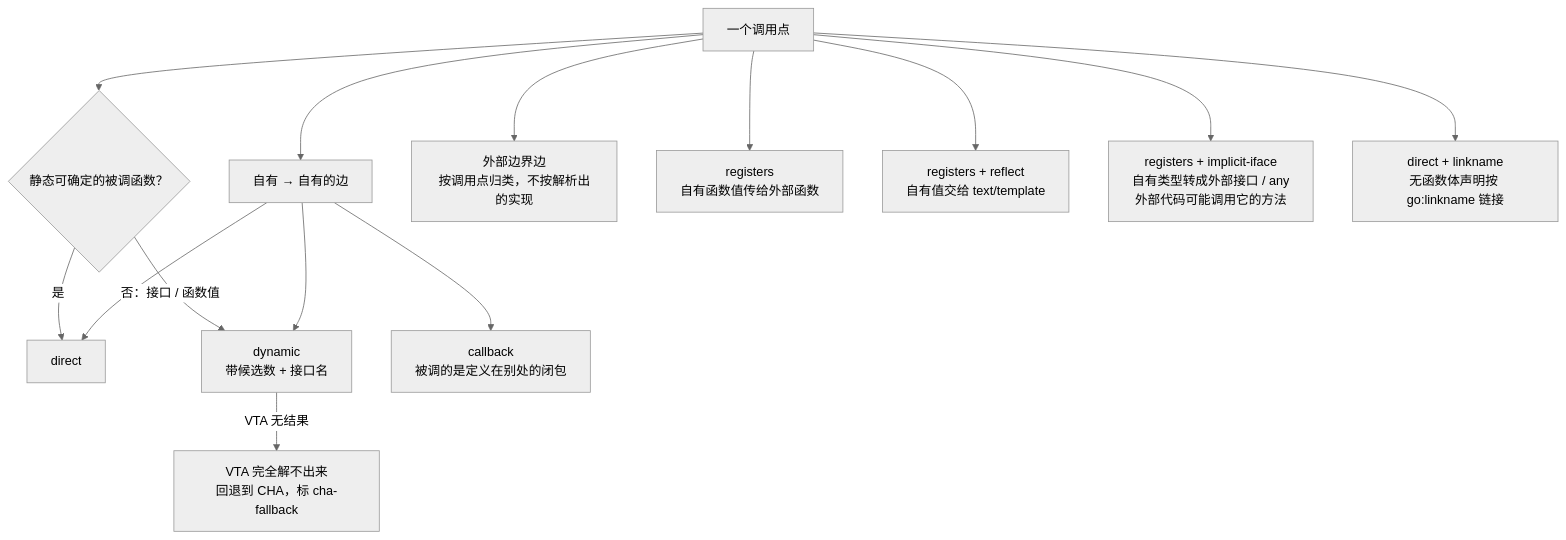
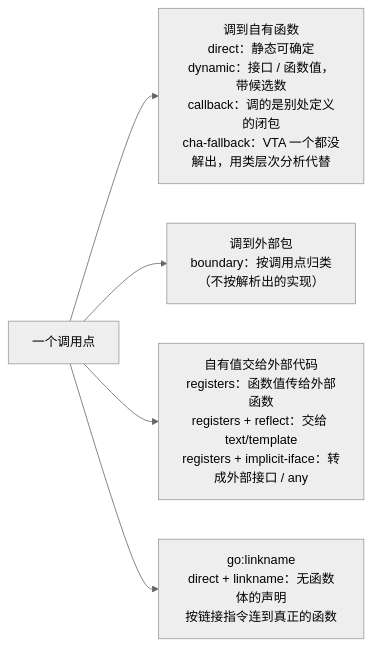
The third of 9 diagrams in docs/architecture.md (hangyu629/calltrail), drawn with Mermaid (neutral theme) before and after one commit. The commit also changed other lines of this file, not shown here.

First line of the commit message:
docs: simplify the architecture diagrams

````diff
--- a/docs/architecture.md
+++ b/docs/architecture.md
@@ -110,29 +86,13 @@
 ```mermaid
-flowchart TD
+flowchart LR
     SITE["一个调用点"]
-    D1{"静态可确定的被调函数？"}
-    OWN["自有 → 自有的边"]
-    DIRECT["direct"]
-    DYN["dynamic<br/>带候选数 + 接口名"]
-    CB["callback<br/>被调的是定义在别处的闭包"]
-    FB["VTA 完全解不出来<br/>回退到 CHA，标 cha-fallback"]
-    EXT["外部边界边<br/>按调用点归类，不按解析出的实现"]
-    REG["registers<br/>自有函数值传给外部函数"]
-    REFL["registers + reflect<br/>自有值交给 text/template"]
-    IMPL["registers + implicit-iface<br/>自有类型转成外部接口 / any<br/>外部代码可能调用它的方法"]
-    LINK["direct + linkname<br/>无函数体声明按 go:linkname 链接"]
+    OWN["调到自有函数<br/>direct：静态可确定<br/>dynamic：接口 / 函数值，带候选数<br/>callback：调的是别处定义的闭包<br/>cha-fallback：VTA 一个都没解出，用类层次分析代替"]
+    EXT["调到外部包<br/>boundary：按调用点归类<br/>（不按解析出的实现）"]
+    ESC["自有值交给外部代码<br/>registers：函数值传给外部函数<br/>registers + reflect：交给 text/template<br/>registers + implicit-iface：转成外部接口 / any"]
+    LINK["go:linkname<br/>direct + linkname：无函数体的声明<br/>按链接指令连到真正的函数"]
 
-    SITE --> D1
-    D1 -->|"是"| DIRECT
-    D1 -->|"否：接口 / 函数值"| DYN
-    DYN -->|"VTA 无结果"| FB
     SITE --> OWN
-    OWN --> DIRECT
-    OWN --> DYN
-    OWN --> CB
     SITE --> EXT
-    SITE --> REG
-    SITE --> REFL
-    SITE --> IMPL
+    SITE --> ESC
     SITE --> LINK
 ```
````
